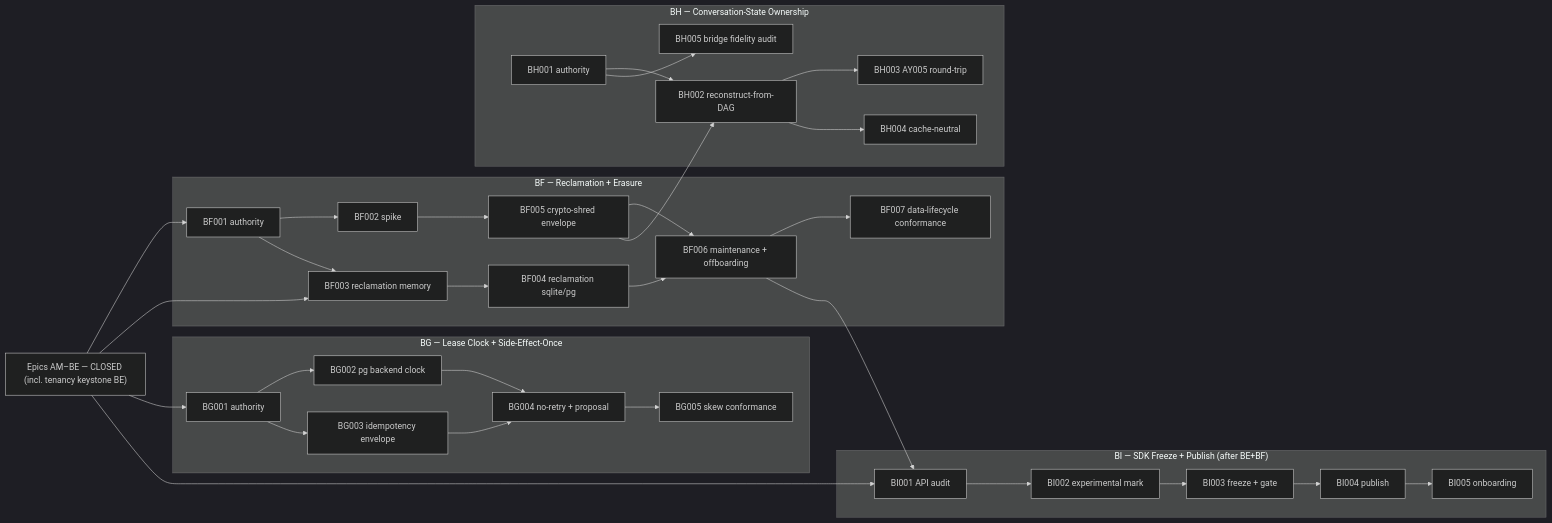
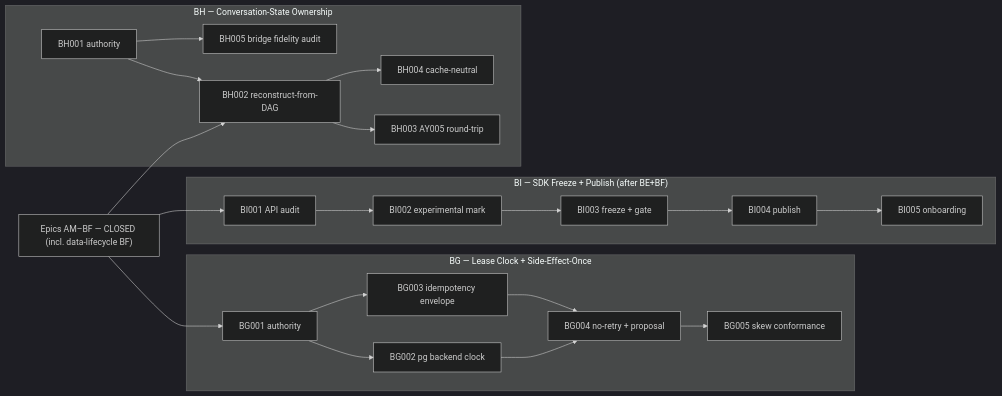
One commit to Tuvren/framework changed the diagram in .constitution/tasks/critical-path.md. Above: the diagram before and after it, drawn with Mermaid (dark theme). The commit also changed other lines of this file and 79 other files, not shown here.

First line of the commit message:
feat(epic-bf): data lifecycle — reachability reclamation + crypto-shredding erasure (ADR-051) (#83)

````diff
--- a/.constitution/tasks/critical-path.md
+++ b/.constitution/tasks/critical-path.md
@@ -91,40 +91,27 @@
 ```mermaid
 flowchart LR
-  priorClosed["Epics AM–BE — CLOSED (incl. tenancy keystone BE)"]
-
-  subgraph BF["BF — Reclamation + Erasure"]
-    BF1["BF001 authority"] --> BF2["BF002 spike"]
-    BF1 --> BF3["BF003 reclamation memory"]
-    BF3 --> BF4["BF004 reclamation sqlite/pg"]
-    BF2 --> BF5["BF005 crypto-shred envelope"]
-    BF4 --> BF6["BF006 maintenance + offboarding"]
-    BF5 --> BF6
-    BF6 --> BF7["BF007 data-lifecycle conformance"]
-  end
+  priorClosed["Epics AM–BF — CLOSED (incl. data-lifecycle BF)"]
 
   subgraph BG["BG — Lease Clock + Side-Effect-Once"]
     BG1["BG001 authority"] --> BG2["BG002 pg backend clock"]
     BG1 --> BG3["BG003 idempotency envelope"]
     BG2 --> BG4["BG004 no-retry + proposal"]
     BG3 --> BG4
     BG4 --> BG5["BG005 skew conformance"]
   end
 
   subgraph BH["BH — Conversation-State Ownership"]
     BH1["BH001 authority"] --> BH2["BH002 reconstruct-from-DAG"]
     BH2 --> BH3["BH003 AY005 round-trip"]
     BH2 --> BH4["BH004 cache-neutral"]
     BH1 --> BH5["BH005 bridge fidelity audit"]
   end
 
   subgraph BI["BI — SDK Freeze + Publish (after BE+BF)"]
     BI1["BI001 API audit"] --> BI2["BI002 experimental mark"] --> BI3["BI003 freeze + gate"] --> BI4["BI004 publish"] --> BI5["BI005 onboarding"]
   end
 
-  priorClosed --> BF1
-  priorClosed --> BF3
   priorClosed --> BG1
-  BF5 --> BH2
+  priorClosed --> BH2
   priorClosed --> BI1
-  BF6 --> BI1
 ```
````
